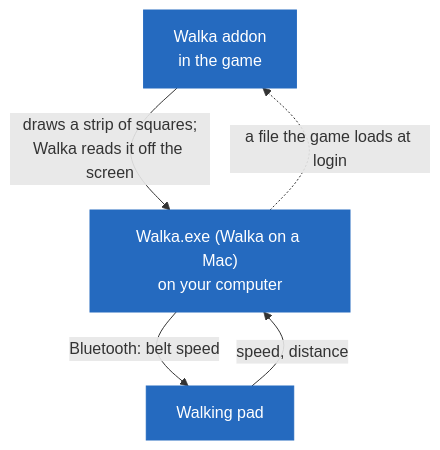
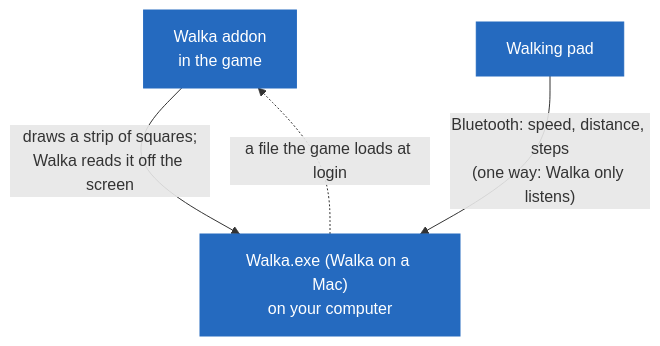
One commit to AntonyPerez0/walka-addon changed the diagram in README.md. Above: the diagram before and after it, drawn with Mermaid. The commit also changed other lines of this file and 6 other files, not shown here.

First line of the commit message:
README, SAFETY.md, the disclaimer and the build: Walka only listens

````diff
--- a/README.md
+++ b/README.md
@@ -191,9 +205,8 @@
 ```mermaid
 flowchart TB
   addon["Walka addon<br/>in the game"] -- "draws a strip of squares;<br/>Walka reads it off the screen" --> exe["Walka.exe (Walka on a Mac)<br/>on your computer"]
-  exe -- "Bluetooth: belt speed" --> pad["Walking pad"]
-  pad -- "speed, distance" --> exe
+  pad["Walking pad"] -- "Bluetooth: speed, distance, steps<br/>(one way: Walka only listens)" --> exe
   exe -. "a file the game loads at login" .-> addon
   classDef box fill:#256abf,stroke:#256abf,color:#ffffff
   class addon,exe,pad box
 ```
````
